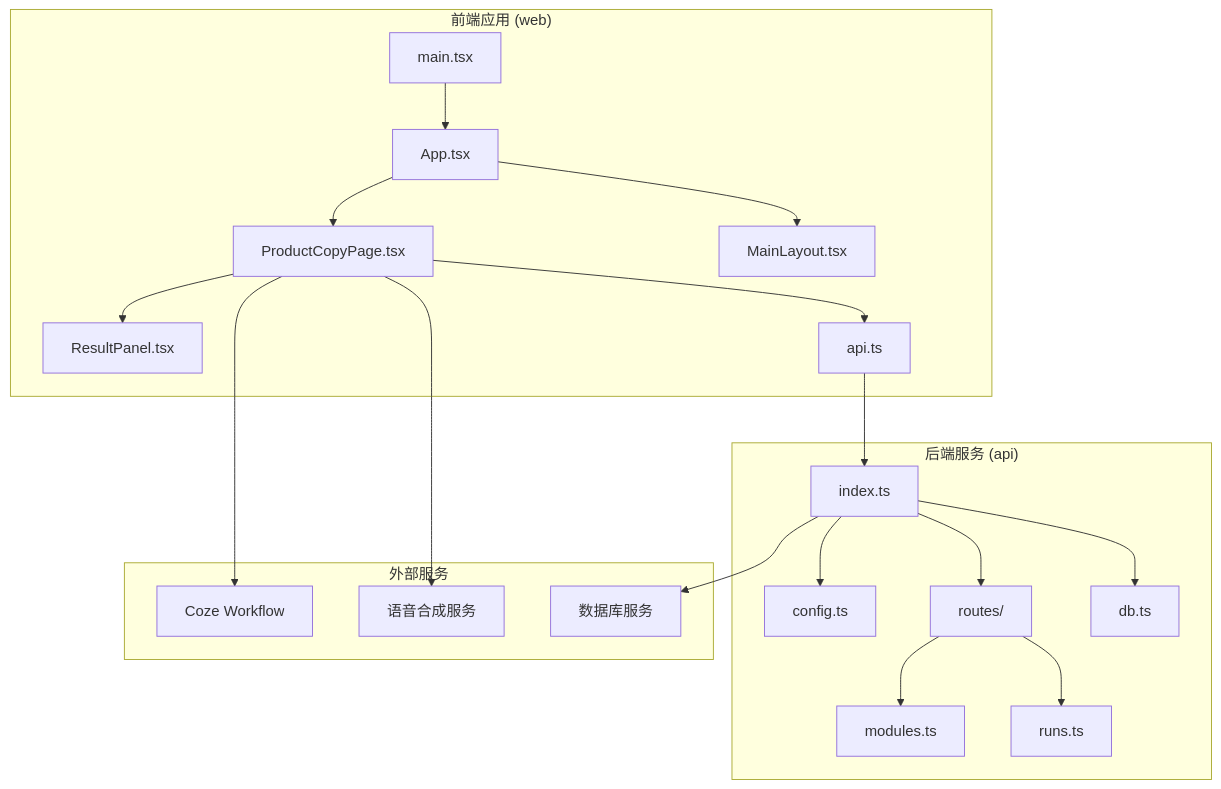
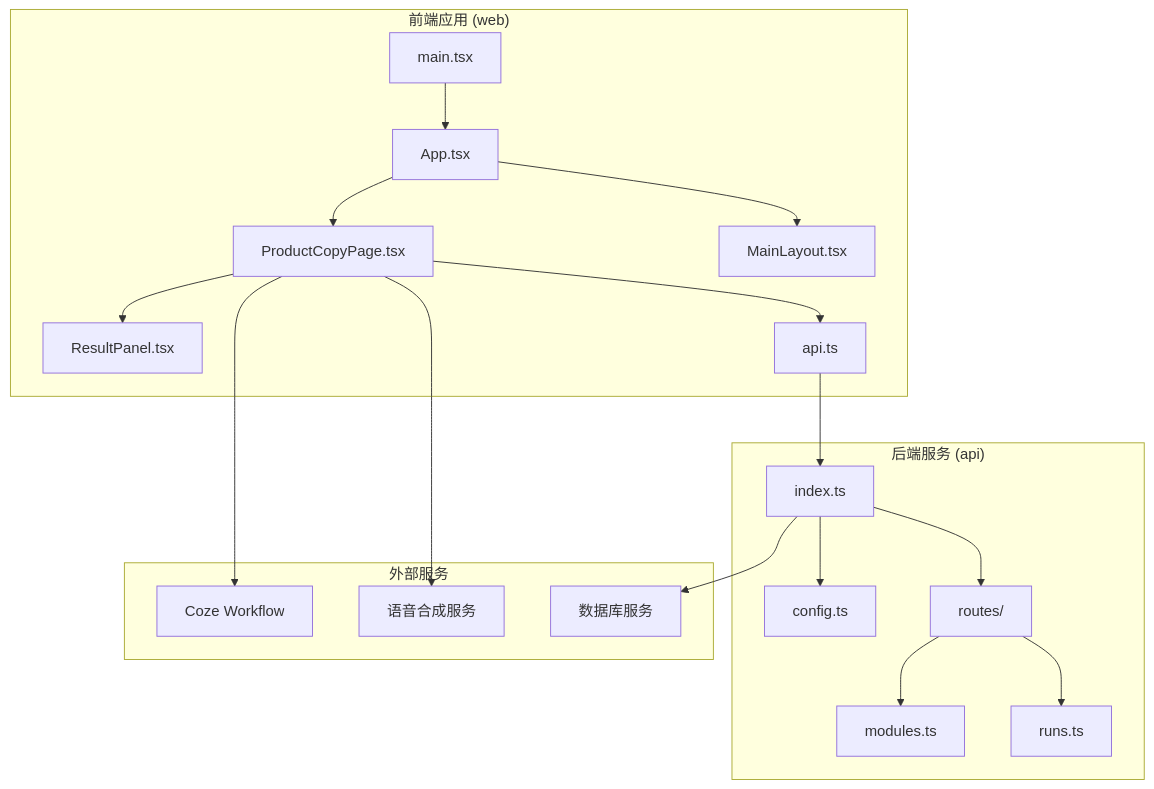
One commit to hanksd769-droid/sailshub changed the first of 8 diagrams in .qoder/repowiki/zh/content/Product Copy Page.md. Above: the diagram before and after it, drawn with Mermaid. The commit also changed other lines of this file and 4 other files, not shown here.

````diff
--- a/.qoder/repowiki/zh/content/Product Copy Page.md
+++ b/.qoder/repowiki/zh/content/Product Copy Page.md
@@ -59,26 +58,25 @@
 ```mermaid
 graph TB
 subgraph "前端应用 (web)"
 A[main.tsx] --> B[App.tsx]
 B --> C[ProductCopyPage.tsx]
 B --> D[MainLayout.tsx]
 C --> E[ResultPanel.tsx]
 C --> F[api.ts]
 end
 subgraph "后端服务 (api)"
 G[index.ts] --> H[config.ts]
 G --> I[routes/]
 I --> J[modules.ts]
 I --> K[runs.ts]
-G --> L[db.ts]
 end
 subgraph "外部服务"
 M[Coze Workflow]
 N[语音合成服务]
 O[数据库服务]
 end
 F --> G
 C --> M
 C --> N
 G --> O
 ```
````
